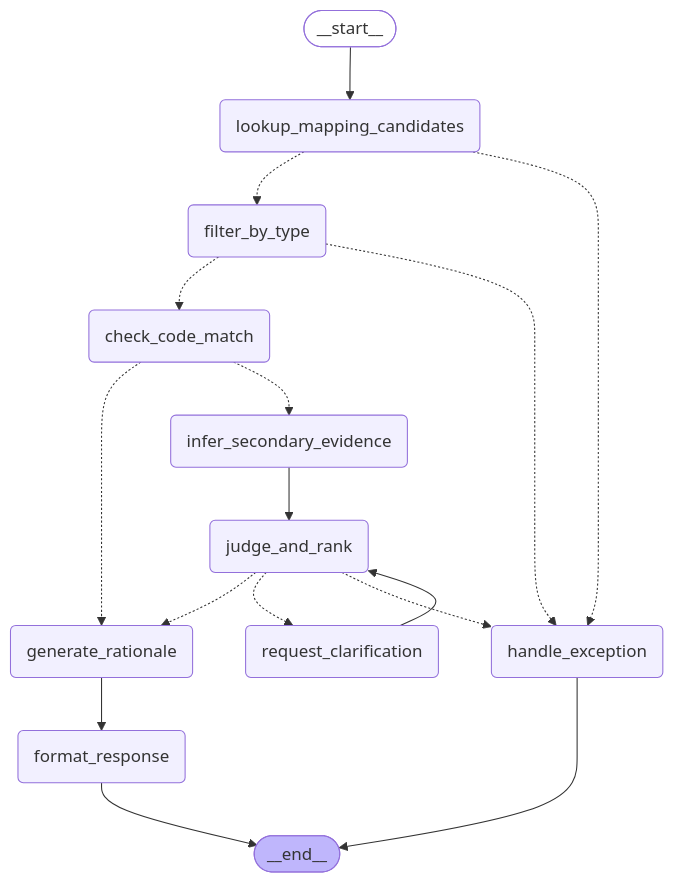
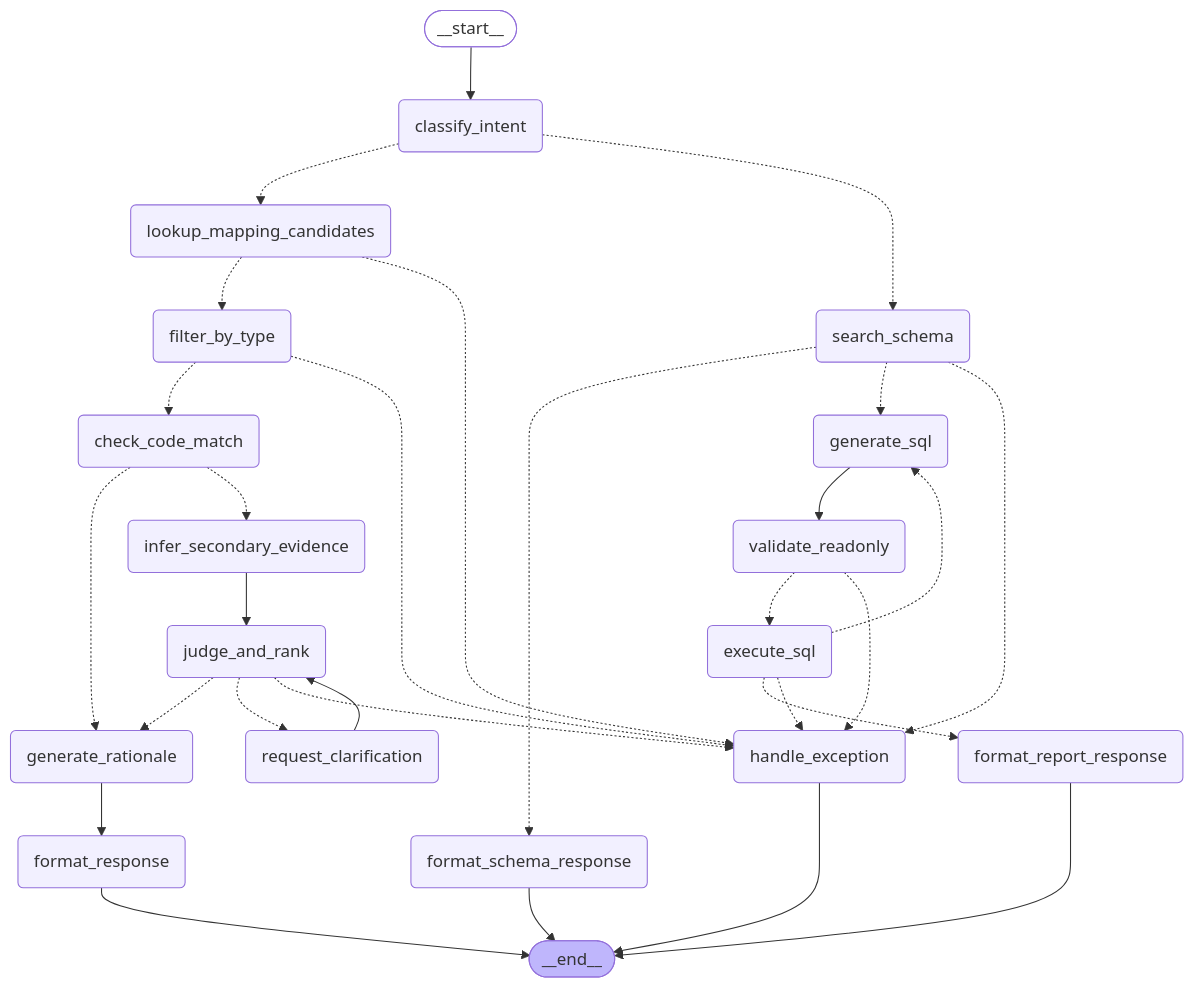
The diagram in README.md (kwakkwakwoohyun/schemabridge), drawn with Mermaid before and after one commit. The commit also changed other lines of this file and 17 other files, not shown here.

````diff
--- a/README.md
+++ b/README.md
@@ -27,32 +27,52 @@
 ```mermaid
 graph TD;
 	__start__([__start__]):::first
 	lookup_mapping_candidates(lookup_mapping_candidates)
 	filter_by_type(filter_by_type)
 	check_code_match(check_code_match)
 	handle_exception(handle_exception)
 	format_response(format_response)
 	infer_secondary_evidence(infer_secondary_evidence)
 	judge_and_rank(judge_and_rank)
 	request_clarification(request_clarification)
 	generate_rationale(generate_rationale)
+	classify_intent(classify_intent)
+	search_schema(search_schema)
+	generate_sql(generate_sql)
+	validate_readonly(validate_readonly)
+	execute_sql(execute_sql)
+	format_report_response(format_report_response)
+	format_schema_response(format_schema_response)
 	__end__([__end__]):::last
-	__start__ --> lookup_mapping_candidates;
+	__start__ --> classify_intent;
+	classify_intent -.-> lookup_mapping_candidates;
+	classify_intent -.-> search_schema;
 	lookup_mapping_candidates -.-> filter_by_type;
 	lookup_mapping_candidates -.-> handle_exception;
 	filter_by_type -.-> check_code_match;
 	filter_by_type -.-> handle_exception;
 	check_code_match -.-> generate_rationale;
 	check_code_match -.-> infer_secondary_evidence;
 	infer_secondary_evidence --> judge_and_rank;
 	judge_and_rank -.-> generate_rationale;
 	judge_and_rank -.-> request_clarification;
 	judge_and_rank -.-> handle_exception;
 	request_clarification --> judge_and_rank;
 	generate_rationale --> format_response;
+	search_schema -.-> format_schema_response;
+	search_schema -.-> generate_sql;
+	search_schema -.-> handle_exception;
+	generate_sql --> validate_readonly;
+	validate_readonly -.-> execute_sql;
+	validate_readonly -.-> handle_exception;
+	execute_sql -.-> format_report_response;
+	execute_sql -.-> generate_sql;
+	execute_sql -.-> handle_exception;
 	format_response --> __end__;
+	format_report_response --> __end__;
+	format_schema_response --> __end__;
 	handle_exception --> __end__;
 	classDef default fill:#f2f0ff,line-height:1.2
 	classDef first fill-opacity:0
 	classDef last fill:#bfb6fc
 ```
````
